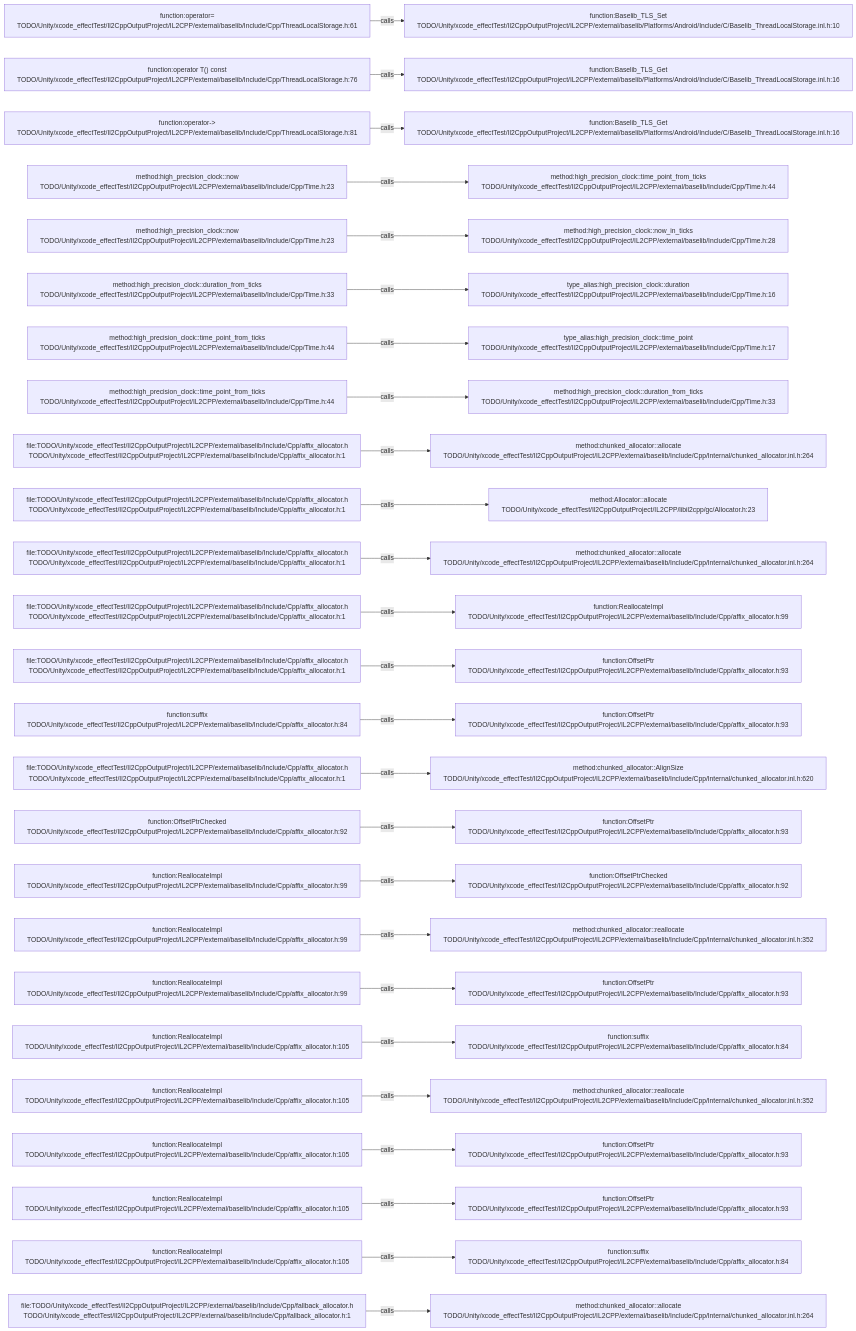
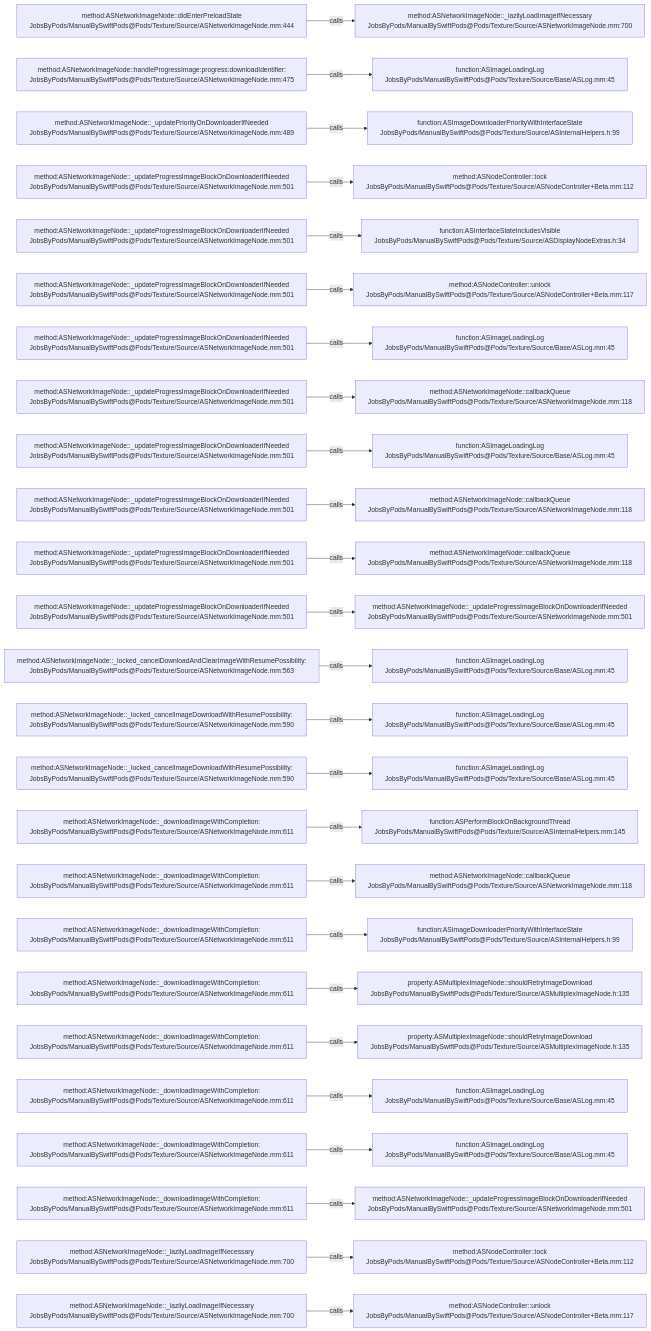
The diagram in .codegraph/codegraph.md/graphs/calls-069.md (JobsKits/JobsSwiftBaseConfigDemo), drawn with Mermaid before and after one commit. The commit also changed 2959 other files, not shown here.

````diff
--- a/.codegraph/codegraph.md/graphs/calls-069.md
+++ b/.codegraph/codegraph.md/graphs/calls-069.md
@@ -13,78 +13,78 @@
 ```mermaid
 flowchart LR
-  S1["function:operator=<br/>TODO/Unity/xcode_effectTest/Il2CppOutputProject/IL2CPP/external/baselib/Include/Cpp/ThreadLocalStorage.h:61"]
-  T1["function:Baselib_TLS_Set<br/>TODO/Unity/xcode_effectTest/Il2CppOutputProject/IL2CPP/external/baselib/Platforms/Android/Include/C/Baselib_ThreadLocalStorage.inl.h:10"]
+  S1["method:ASNetworkImageNode::didEnterPreloadState<br/>JobsByPods/ManualBySwiftPods@Pods/Texture/Source/ASNetworkImageNode.mm:444"]
+  T1["method:ASNetworkImageNode::_lazilyLoadImageIfNecessary<br/>JobsByPods/ManualBySwiftPods@Pods/Texture/Source/ASNetworkImageNode.mm:700"]
   S1 -->|calls| T1
-  S2["function:operator T() const<br/>TODO/Unity/xcode_effectTest/Il2CppOutputProject/IL2CPP/external/baselib/Include/Cpp/ThreadLocalStorage.h:76"]
-  T2["function:Baselib_TLS_Get<br/>TODO/Unity/xcode_effectTest/Il2CppOutputProject/IL2CPP/external/baselib/Platforms/Android/Include/C/Baselib_ThreadLocalStorage.inl.h:16"]
+  S2["method:ASNetworkImageNode::handleProgressImage:progress:downloadIdentifier:<br/>JobsByPods/ManualBySwiftPods@Pods/Texture/Source/ASNetworkImageNode.mm:475"]
+  T2["function:ASImageLoadingLog<br/>JobsByPods/ManualBySwiftPods@Pods/Texture/Source/Base/ASLog.mm:45"]
   S2 -->|calls| T2
-  S3["function:operator-><br/>TODO/Unity/xcode_effectTest/Il2CppOutputProject/IL2CPP/external/baselib/Include/Cpp/ThreadLocalStorage.h:81"]
-  T3["function:Baselib_TLS_Get<br/>TODO/Unity/xcode_effectTest/Il2CppOutputProject/IL2CPP/external/baselib/Platforms/Android/Include/C/Baselib_ThreadLocalStorage.inl.h:16"]
+  S3["method:ASNetworkImageNode::_updatePriorityOnDownloaderIfNeeded<br/>JobsByPods/ManualBySwiftPods@Pods/Texture/Source/ASNetworkImageNode.mm:489"]
+  T3["function:ASImageDownloaderPriorityWithInterfaceState<br/>JobsByPods/ManualBySwiftPods@Pods/Texture/Source/ASInternalHelpers.h:99"]
   S3 -->|calls| T3
-  S4["method:high_precision_clock::now<br/>TODO/Unity/xcode_effectTest/Il2CppOutputProject/IL2CPP/external/baselib/Include/Cpp/Time.h:23"]
-  T4["method:high_precision_clock::time_point_from_ticks<br/>TODO/Unity/xcode_effectTest/Il2CppOutputProject/IL2CPP/external/baselib/Include/Cpp/Time.h:44"]
+  S4["method:ASNetworkImageNode::_updateProgressImageBlockOnDownloaderIfNeeded<br/>JobsByPods/ManualBySwiftPods@Pods/Texture/Source/ASNetworkImageNode.mm:501"]
+  T4["method:ASNodeController::lock<br/>JobsByPods/ManualBySwiftPods@Pods/Texture/Source/ASNodeController+Beta.mm:112"]
   S4 -->|calls| T4
-  S5["method:high_precision_clock::now<br/>TODO/Unity/xcode_effectTest/Il2CppOutputProject/IL2CPP/external/baselib/Include/Cpp/Time.h:23"]
-  T5["method:high_precision_clock::now_in_ticks<br/>TODO/Unity/xcode_effectTest/Il2CppOutputProject/IL2CPP/external/baselib/Include/Cpp/Time.h:28"]
+  S5["method:ASNetworkImageNode::_updateProgressImageBlockOnDownloaderIfNeeded<br/>JobsByPods/ManualBySwiftPods@Pods/Texture/Source/ASNetworkImageNode.mm:501"]
+  T5["function:ASInterfaceStateIncludesVisible<br/>JobsByPods/ManualBySwiftPods@Pods/Texture/Source/ASDisplayNodeExtras.h:34"]
   S5 -->|calls| T5
-  S6["method:high_precision_clock::duration_from_ticks<br/>TODO/Unity/xcode_effectTest/Il2CppOutputProject/IL2CPP/external/baselib/Include/Cpp/Time.h:33"]
-  T6["type_alias:high_precision_clock::duration<br/>TODO/Unity/xcode_effectTest/Il2CppOutputProject/IL2CPP/external/baselib/Include/Cpp/Time.h:16"]
+  S6["method:ASNetworkImageNode::_updateProgressImageBlockOnDownloaderIfNeeded<br/>JobsByPods/ManualBySwiftPods@Pods/Texture/Source/ASNetworkImageNode.mm:501"]
+  T6["method:ASNodeController::unlock<br/>JobsByPods/ManualBySwiftPods@Pods/Texture/Source/ASNodeController+Beta.mm:117"]
   S6 -->|calls| T6
-  S7["method:high_precision_clock::time_point_from_ticks<br/>TODO/Unity/xcode_effectTest/Il2CppOutputProject/IL2CPP/external/baselib/Include/Cpp/Time.h:44"]
-  T7["type_alias:high_precision_clock::time_point<br/>TODO/Unity/xcode_effectTest/Il2CppOutputProject/IL2CPP/external/baselib/Include/Cpp/Time.h:17"]
+  S7["method:ASNetworkImageNode::_updateProgressImageBlockOnDownloaderIfNeeded<br/>JobsByPods/ManualBySwiftPods@Pods/Texture/Source/ASNetworkImageNode.mm:501"]
+  T7["function:ASImageLoadingLog<br/>JobsByPods/ManualBySwiftPods@Pods/Texture/Source/Base/ASLog.mm:45"]
   S7 -->|calls| T7
-  S8["method:high_precision_clock::time_point_from_ticks<br/>TODO/Unity/xcode_effectTest/Il2CppOutputProject/IL2CPP/external/baselib/Include/Cpp/Time.h:44"]
-  T8["method:high_precision_clock::duration_from_ticks<br/>TODO/Unity/xcode_effectTest/Il2CppOutputProject/IL2CPP/external/baselib/Include/Cpp/Time.h:33"]
+  S8["method:ASNetworkImageNode::_updateProgressImageBlockOnDownloaderIfNeeded<br/>JobsByPods/ManualBySwiftPods@Pods/Texture/Source/ASNetworkImageNode.mm:501"]
+  T8["method:ASNetworkImageNode::callbackQueue<br/>JobsByPods/ManualBySwiftPods@Pods/Texture/Source/ASNetworkImageNode.mm:118"]
   S8 -->|calls| T8
-  S9["file:TODO/Unity/xcode_effectTest/Il2CppOutputProject/IL2CPP/external/baselib/Include/Cpp/affix_allocator.h<br/>TODO/Unity/xcode_effectTest/Il2CppOutputProject/IL2CPP/external/baselib/Include/Cpp/affix_allocator.h:1"]
-  T9["method:chunked_allocator::allocate<br/>TODO/Unity/xcode_effectTest/Il2CppOutputProject/IL2CPP/external/baselib/Include/Cpp/Internal/chunked_allocator.inl.h:264"]
+  S9["method:ASNetworkImageNode::_updateProgressImageBlockOnDownloaderIfNeeded<br/>JobsByPods/ManualBySwiftPods@Pods/Texture/Source/ASNetworkImageNode.mm:501"]
+  T9["function:ASImageLoadingLog<br/>JobsByPods/ManualBySwiftPods@Pods/Texture/Source/Base/ASLog.mm:45"]
   S9 -->|calls| T9
-  S10["file:TODO/Unity/xcode_effectTest/Il2CppOutputProject/IL2CPP/external/baselib/Include/Cpp/affix_allocator.h<br/>TODO/Unity/xcode_effectTest/Il2CppOutputProject/IL2CPP/external/baselib/Include/Cpp/affix_allocator.h:1"]
-  T10["method:Allocator::allocate<br/>TODO/Unity/xcode_effectTest/Il2CppOutputProject/IL2CPP/libil2cpp/gc/Allocator.h:23"]
+  S10["method:ASNetworkImageNode::_updateProgressImageBlockOnDownloaderIfNeeded<br/>JobsByPods/ManualBySwiftPods@Pods/Texture/Source/ASNetworkImageNode.mm:501"]
+  T10["method:ASNetworkImageNode::callbackQueue<br/>JobsByPods/ManualBySwiftPods@Pods/Texture/Source/ASNetworkImageNode.mm:118"]
   S10 -->|calls| T10
-  S11["file:TODO/Unity/xcode_effectTest/Il2CppOutputProject/IL2CPP/external/baselib/Include/Cpp/affix_allocator.h<br/>TODO/Unity/xcode_effectTest/Il2CppOutputProject/IL2CPP/external/baselib/Include/Cpp/affix_allocator.h:1"]
-  T11["method:chunked_allocator::allocate<br/>TODO/Unity/xcode_effectTest/Il2CppOutputProject/IL2CPP/external/baselib/Include/Cpp/Internal/chunked_allocator.inl.h:264"]
+  S11["method:ASNetworkImageNode::_updateProgressImageBlockOnDownloaderIfNeeded<br/>JobsByPods/ManualBySwiftPods@Pods/Texture/Source/ASNetworkImageNode.mm:501"]
+  T11["method:ASNetworkImageNode::callbackQueue<br/>JobsByPods/ManualBySwiftPods@Pods/Texture/Source/ASNetworkImageNode.mm:118"]
   S11 -->|calls| T11
-  S12["file:TODO/Unity/xcode_effectTest/Il2CppOutputProject/IL2CPP/external/baselib/Include/Cpp/affix_allocator.h<br/>TODO/Unity/xcode_effectTest/Il2CppOutputProject/IL2CPP/external/baselib/Include/Cpp/affix_allocator.h:1"]
-  T12["function:ReallocateImpl<br/>TODO/Unity/xcode_effectTest/Il2CppOutputProject/IL2CPP/external/baselib/Include/Cpp/affix_allocator.h:99"]
+  S12["method:ASNetworkImageNode::_updateProgressImageBlockOnDownloaderIfNeeded<br/>JobsByPods/ManualBySwiftPods@Pods/Texture/Source/ASNetworkImageNode.mm:501"]
+  T12["method:ASNetworkImageNode::_updateProgressImageBlockOnDownloaderIfNeeded<br/>JobsByPods/ManualBySwiftPods@Pods/Texture/Source/ASNetworkImageNode.mm:501"]
   S12 -->|calls| T12
-  S13["file:TODO/Unity/xcode_effectTest/Il2CppOutputProject/IL2CPP/external/baselib/Include/Cpp/affix_allocator.h<br/>TODO/Unity/xcode_effectTest/Il2CppOutputProject/IL2CPP/external/baselib/Include/Cpp/affix_allocator.h:1"]
-  T13["function:OffsetPtr<br/>TODO/Unity/xcode_effectTest/Il2CppOutputProject/IL2CPP/external/baselib/Include/Cpp/affix_allocator.h:93"]
+  S13["method:ASNetworkImageNode::_locked_cancelDownloadAndClearImageWithResumePossibility:<br/>JobsByPods/ManualBySwiftPods@Pods/Texture/Source/ASNetworkImageNode.mm:563"]
+  T13["function:ASImageLoadingLog<br/>JobsByPods/ManualBySwiftPods@Pods/Texture/Source/Base/ASLog.mm:45"]
   S13 -->|calls| T13
-  S14["function:suffix<br/>TODO/Unity/xcode_effectTest/Il2CppOutputProject/IL2CPP/external/baselib/Include/Cpp/affix_allocator.h:84"]
-  T14["function:OffsetPtr<br/>TODO/Unity/xcode_effectTest/Il2CppOutputProject/IL2CPP/external/baselib/Include/Cpp/affix_allocator.h:93"]
+  S14["method:ASNetworkImageNode::_locked_cancelImageDownloadWithResumePossibility:<br/>JobsByPods/ManualBySwiftPods@Pods/Texture/Source/ASNetworkImageNode.mm:590"]
+  T14["function:ASImageLoadingLog<br/>JobsByPods/ManualBySwiftPods@Pods/Texture/Source/Base/ASLog.mm:45"]
   S14 -->|calls| T14
-  S15["file:TODO/Unity/xcode_effectTest/Il2CppOutputProject/IL2CPP/external/baselib/Include/Cpp/affix_allocator.h<br/>TODO/Unity/xcode_effectTest/Il2CppOutputProject/IL2CPP/external/baselib/Include/Cpp/affix_allocator.h:1"]
-  T15["method:chunked_allocator::AlignSize<br/>TODO/Unity/xcode_effectTest/Il2CppOutputProject/IL2CPP/external/baselib/Include/Cpp/Internal/chunked_allocator.inl.h:620"]
+  S15["method:ASNetworkImageNode::_locked_cancelImageDownloadWithResumePossibility:<br/>JobsByPods/ManualBySwiftPods@Pods/Texture/Source/ASNetworkImageNode.mm:590"]
+  T15["function:ASImageLoadingLog<br/>JobsByPods/ManualBySwiftPods@Pods/Texture/Source/Base/ASLog.mm:45"]
   S15 -->|calls| T15
-  S16["function:OffsetPtrChecked<br/>TODO/Unity/xcode_effectTest/Il2CppOutputProject/IL2CPP/external/baselib/Include/Cpp/affix_allocator.h:92"]
-  T16["function:OffsetPtr<br/>TODO/Unity/xcode_effectTest/Il2CppOutputProject/IL2CPP/external/baselib/Include/Cpp/affix_allocator.h:93"]
+  S16["method:ASNetworkImageNode::_downloadImageWithCompletion:<br/>JobsByPods/ManualBySwiftPods@Pods/Texture/Source/ASNetworkImageNode.mm:611"]
+  T16["function:ASPerformBlockOnBackgroundThread<br/>JobsByPods/ManualBySwiftPods@Pods/Texture/Source/ASInternalHelpers.mm:145"]
   S16 -->|calls| T16
-  S17["function:ReallocateImpl<br/>TODO/Unity/xcode_effectTest/Il2CppOutputProject/IL2CPP/external/baselib/Include/Cpp/affix_allocator.h:99"]
-  T17["function:OffsetPtrChecked<br/>TODO/Unity/xcode_effectTest/Il2CppOutputProject/IL2CPP/external/baselib/Include/Cpp/affix_allocator.h:92"]
+  S17["method:ASNetworkImageNode::_downloadImageWithCompletion:<br/>JobsByPods/ManualBySwiftPods@Pods/Texture/Source/ASNetworkImageNode.mm:611"]
+  T17["method:ASNetworkImageNode::callbackQueue<br/>JobsByPods/ManualBySwiftPods@Pods/Texture/Source/ASNetworkImageNode.mm:118"]
   S17 -->|calls| T17
-  S18["function:ReallocateImpl<br/>TODO/Unity/xcode_effectTest/Il2CppOutputProject/IL2CPP/external/baselib/Include/Cpp/affix_allocator.h:99"]
-  T18["method:chunked_allocator::reallocate<br/>TODO/Unity/xcode_effectTest/Il2CppOutputProject/IL2CPP/external/baselib/Include/Cpp/Internal/chunked_allocator.inl.h:352"]
+  S18["method:ASNetworkImageNode::_downloadImageWithCompletion:<br/>JobsByPods/ManualBySwiftPods@Pods/Texture/Source/ASNetworkImageNode.mm:611"]
+  T18["function:ASImageDownloaderPriorityWithInterfaceState<br/>JobsByPods/ManualBySwiftPods@Pods/Texture/Source/ASInternalHelpers.h:99"]
   S18 -->|calls| T18
-  S19["function:ReallocateImpl<br/>TODO/Unity/xcode_effectTest/Il2CppOutputProject/IL2CPP/external/baselib/Include/Cpp/affix_allocator.h:99"]
-  T19["function:OffsetPtr<br/>TODO/Unity/xcode_effectTest/Il2CppOutputProject/IL2CPP/external/baselib/Include/Cpp/affix_allocator.h:93"]
+  S19["method:ASNetworkImageNode::_downloadImageWithCompletion:<br/>JobsByPods/ManualBySwiftPods@Pods/Texture/Source/ASNetworkImageNode.mm:611"]
+  T19["property:ASMultiplexImageNode::shouldRetryImageDownload<br/>JobsByPods/ManualBySwiftPods@Pods/Texture/Source/ASMultiplexImageNode.h:135"]
   S19 -->|calls| T19
-  S20["function:ReallocateImpl<br/>TODO/Unity/xcode_effectTest/Il2CppOutputProject/IL2CPP/external/baselib/Include/Cpp/affix_allocator.h:105"]
-  T20["function:suffix<br/>TODO/Unity/xcode_effectTest/Il2CppOutputProject/IL2CPP/external/baselib/Include/Cpp/affix_allocator.h:84"]
+  S20["method:ASNetworkImageNode::_downloadImageWithCompletion:<br/>JobsByPods/ManualBySwiftPods@Pods/Texture/Source/ASNetworkImageNode.mm:611"]
+  T20["property:ASMultiplexImageNode::shouldRetryImageDownload<br/>JobsByPods/ManualBySwiftPods@Pods/Texture/Source/ASMultiplexImageNode.h:135"]
   S20 -->|calls| T20
-  S21["function:ReallocateImpl<br/>TODO/Unity/xcode_effectTest/Il2CppOutputProject/IL2CPP/external/baselib/Include/Cpp/affix_allocator.h:105"]
-  T21["method:chunked_allocator::reallocate<br/>TODO/Unity/xcode_effectTest/Il2CppOutputProject/IL2CPP/external/baselib/Include/Cpp/Internal/chunked_allocator.inl.h:352"]
+  S21["method:ASNetworkImageNode::_downloadImageWithCompletion:<br/>JobsByPods/ManualBySwiftPods@Pods/Texture/Source/ASNetworkImageNode.mm:611"]
+  T21["function:ASImageLoadingLog<br/>JobsByPods/ManualBySwiftPods@Pods/Texture/Source/Base/ASLog.mm:45"]
   S21 -->|calls| T21
-  S22["function:ReallocateImpl<br/>TODO/Unity/xcode_effectTest/Il2CppOutputProject/IL2CPP/external/baselib/Include/Cpp/affix_allocator.h:105"]
-  T22["function:OffsetPtr<br/>TODO/Unity/xcode_effectTest/Il2CppOutputProject/IL2CPP/external/baselib/Include/Cpp/affix_allocator.h:93"]
+  S22["method:ASNetworkImageNode::_downloadImageWithCompletion:<br/>JobsByPods/ManualBySwiftPods@Pods/Texture/Source/ASNetworkImageNode.mm:611"]
+  T22["function:ASImageLoadingLog<br/>JobsByPods/ManualBySwiftPods@Pods/Texture/Source/Base/ASLog.mm:45"]
   S22 -->|calls| T22
-  S23["function:ReallocateImpl<br/>TODO/Unity/xcode_effectTest/Il2CppOutputProject/IL2CPP/external/baselib/Include/Cpp/affix_allocator.h:105"]
-  T23["function:OffsetPtr<br/>TODO/Unity/xcode_effectTest/Il2CppOutputProject/IL2CPP/external/baselib/Include/Cpp/affix_allocator.h:93"]
+  S23["method:ASNetworkImageNode::_downloadImageWithCompletion:<br/>JobsByPods/ManualBySwiftPods@Pods/Texture/Source/ASNetworkImageNode.mm:611"]
+  T23["method:ASNetworkImageNode::_updateProgressImageBlockOnDownloaderIfNeeded<br/>JobsByPods/ManualBySwiftPods@Pods/Texture/Source/ASNetworkImageNode.mm:501"]
   S23 -->|calls| T23
-  S24["function:ReallocateImpl<br/>TODO/Unity/xcode_effectTest/Il2CppOutputProject/IL2CPP/external/baselib/Include/Cpp/affix_allocator.h:105"]
-  T24["function:suffix<br/>TODO/Unity/xcode_effectTest/Il2CppOutputProject/IL2CPP/external/baselib/Include/Cpp/affix_allocator.h:84"]
+  S24["method:ASNetworkImageNode::_lazilyLoadImageIfNecessary<br/>JobsByPods/ManualBySwiftPods@Pods/Texture/Source/ASNetworkImageNode.mm:700"]
+  T24["method:ASNodeController::lock<br/>JobsByPods/ManualBySwiftPods@Pods/Texture/Source/ASNodeController+Beta.mm:112"]
   S24 -->|calls| T24
-  S25["file:TODO/Unity/xcode_effectTest/Il2CppOutputProject/IL2CPP/external/baselib/Include/Cpp/fallback_allocator.h<br/>TODO/Unity/xcode_effectTest/Il2CppOutputProject/IL2CPP/external/baselib/Include/Cpp/fallback_allocator.h:1"]
-  T25["method:chunked_allocator::allocate<br/>TODO/Unity/xcode_effectTest/Il2CppOutputProject/IL2CPP/external/baselib/Include/Cpp/Internal/chunked_allocator.inl.h:264"]
+  S25["method:ASNetworkImageNode::_lazilyLoadImageIfNecessary<br/>JobsByPods/ManualBySwiftPods@Pods/Texture/Source/ASNetworkImageNode.mm:700"]
+  T25["method:ASNodeController::unlock<br/>JobsByPods/ManualBySwiftPods@Pods/Texture/Source/ASNodeController+Beta.mm:117"]
   S25 -->|calls| T25
 ```
````
